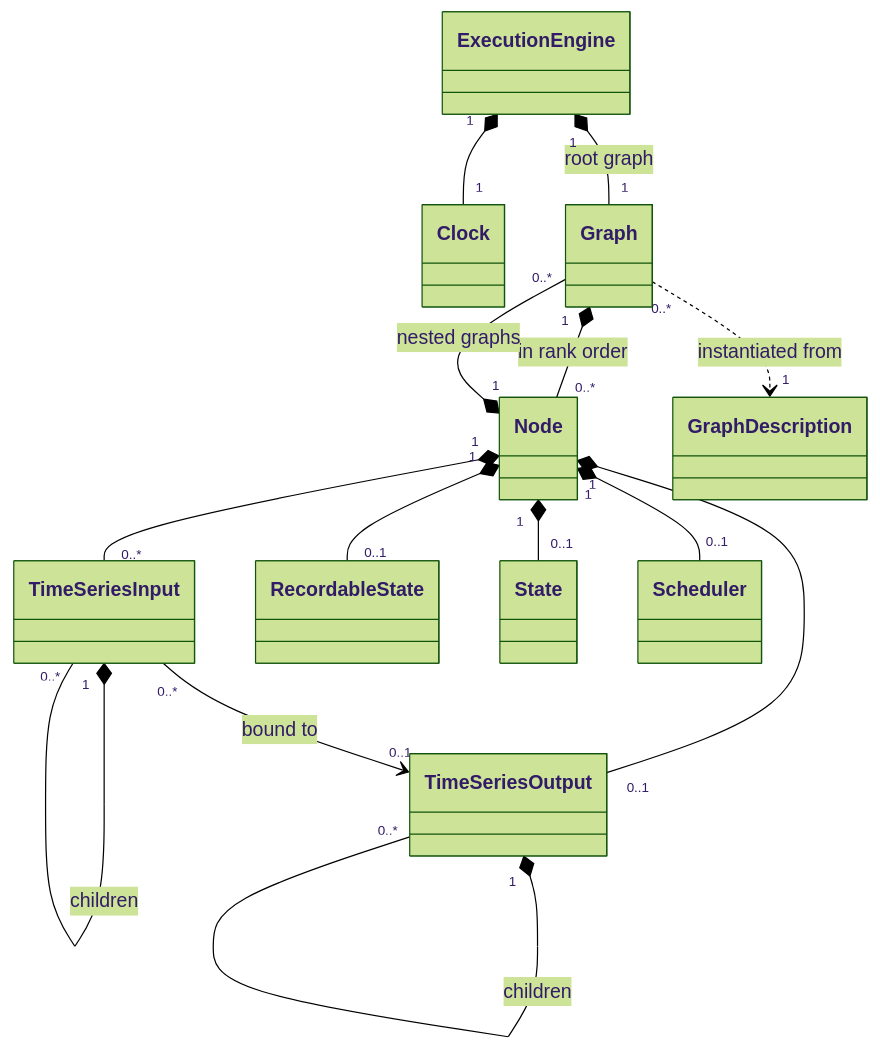
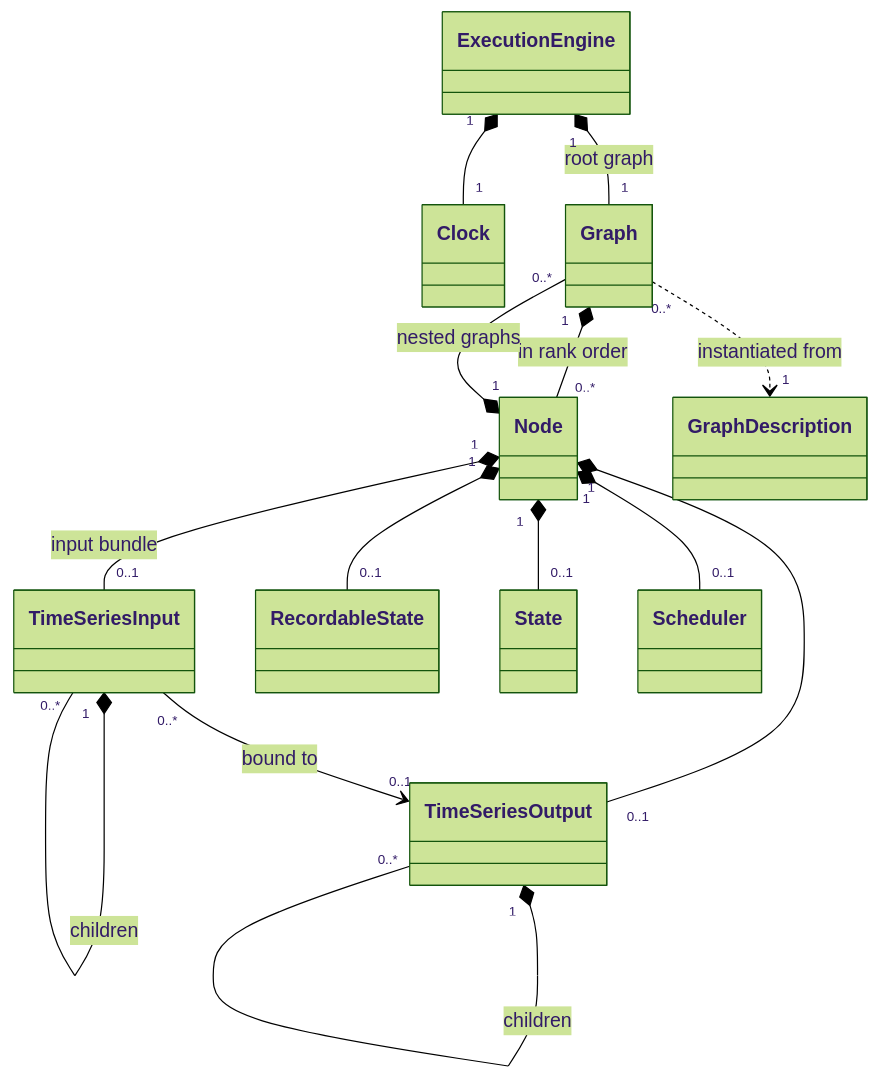
Before and after one commit to hhenson/hgl: the first of 4 diagrams in docs/runtime_spec/overview.md, drawn with Mermaid (forest theme). The commit also changed 3 other files, not shown here.

Commit message:
docs: preserve input bundle and removed child contracts

````diff
--- a/docs/runtime_spec/overview.md
+++ b/docs/runtime_spec/overview.md
@@ -56,28 +56,28 @@
 ```mermaid
 classDiagram
     direction TB
     class ExecutionEngine
     class Clock
     class Graph
     class Node
     class TimeSeriesInput
     class TimeSeriesOutput
     class RecordableState
     class State
     class Scheduler
     class GraphDescription
 
     ExecutionEngine "1" *-- "1" Clock
     ExecutionEngine "1" *-- "1" Graph : root graph
     Graph "0..*" ..> "1" GraphDescription : instantiated from
     Graph "1" *-- "0..*" Node : in rank order
     Node "1" *-- "0..*" Graph : nested graphs
-    Node "1" *-- "0..*" TimeSeriesInput
+    Node "1" *-- "0..1" TimeSeriesInput : input bundle
     Node "1" *-- "0..1" TimeSeriesOutput
     Node "1" *-- "0..1" RecordableState
     Node "1" *-- "0..1" State
     Node "1" *-- "0..1" Scheduler
     TimeSeriesInput "1" *-- "0..*" TimeSeriesInput : children
     TimeSeriesOutput "1" *-- "0..*" TimeSeriesOutput : children
     TimeSeriesInput "0..*" --> "0..1" TimeSeriesOutput : bound to
 ```
````
